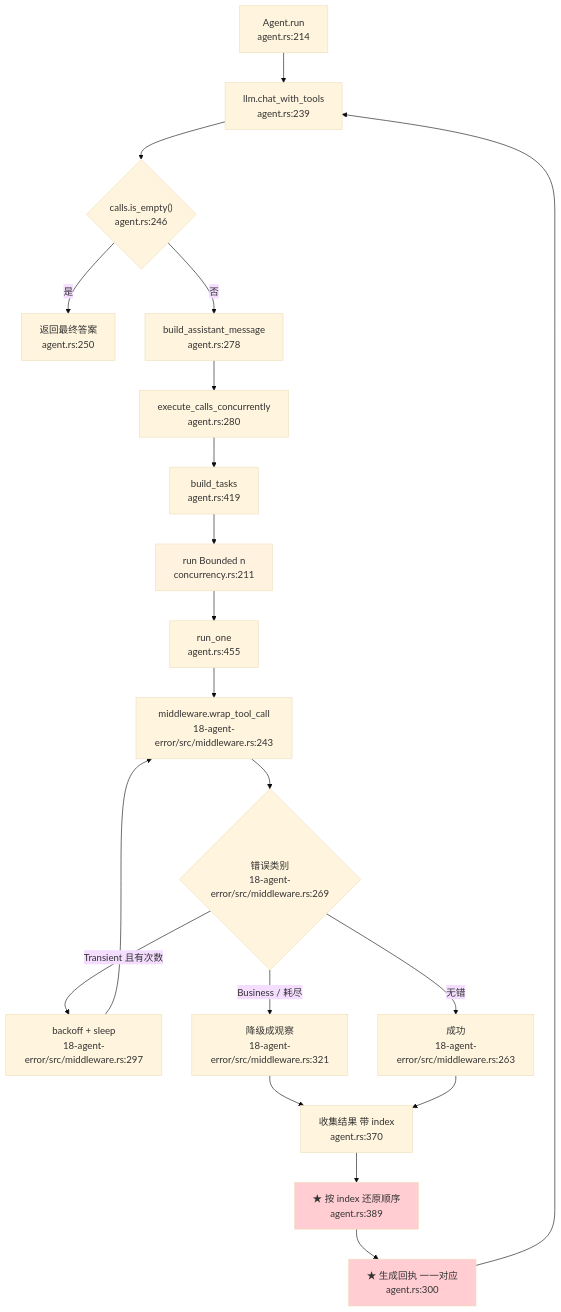
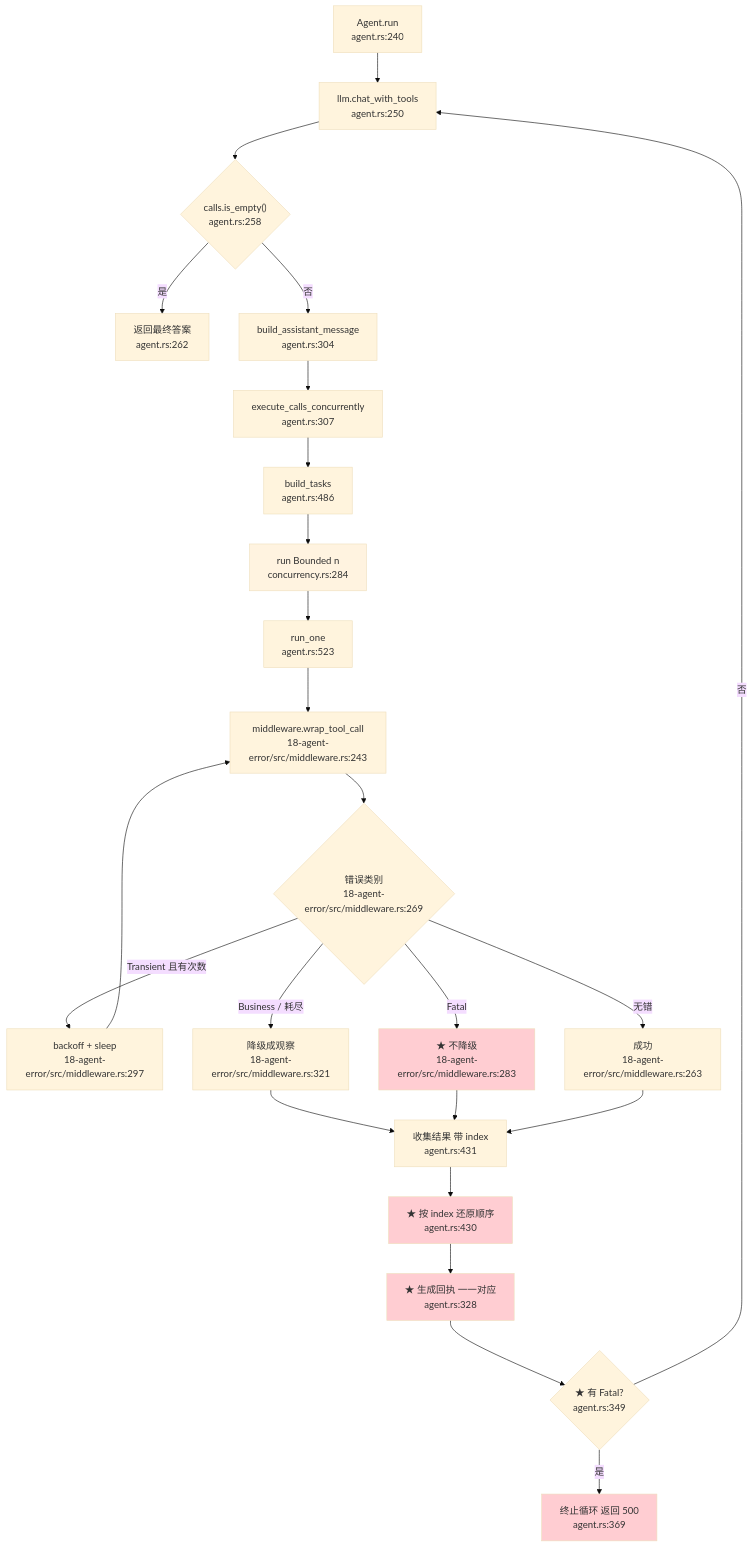
One commit to heheshang/agent-learn changed the fifth of 7 diagrams in 22-agent-async/README.md. Above: the diagram before and after it, drawn with Mermaid (base theme). The commit also changed other lines of this file and 41 other files, not shown here.

````diff
--- a/22-agent-async/README.md
+++ b/22-agent-async/README.md
@@ -449,28 +534,33 @@
 ```mermaid
 graph TD
-    A["Agent.run<br/>agent.rs:214"] --> B["llm.chat_with_tools<br/>agent.rs:239"]
-    B --> C{"calls.is_empty()<br/>agent.rs:246"}
-    C -->|是| D["返回最终答案<br/>agent.rs:250"]
-    C -->|否| E["build_assistant_message<br/>agent.rs:278"]
-    E --> F["execute_calls_concurrently<br/>agent.rs:280"]
+    A["Agent.run<br/>agent.rs:240"] --> B["llm.chat_with_tools<br/>agent.rs:250"]
+    B --> C{"calls.is_empty()<br/>agent.rs:258"}
+    C -->|是| D["返回最终答案<br/>agent.rs:262"]
+    C -->|否| E["build_assistant_message<br/>agent.rs:304"]
+    E --> F["execute_calls_concurrently<br/>agent.rs:307"]
 
-    F --> G["build_tasks<br/>agent.rs:419"]
-    G --> H["run Bounded n<br/>concurrency.rs:211"]
-    H --> I["run_one<br/>agent.rs:455"]
+    F --> G["build_tasks<br/>agent.rs:486"]
+    G --> H["run Bounded n<br/>concurrency.rs:284"]
+    H --> I["run_one<br/>agent.rs:523"]
 
     I --> J["middleware.wrap_tool_call<br/>18-agent-error/src/middleware.rs:243"]
     J --> K{"错误类别<br/>18-agent-error/src/middleware.rs:269"}
     K -->|Transient 且有次数| L["backoff + sleep<br/>18-agent-error/src/middleware.rs:297"]
     L --> J
     K -->|Business / 耗尽| M["降级成观察<br/>18-agent-error/src/middleware.rs:321"]
+    K -->|Fatal| M2["★ 不降级<br/>18-agent-error/src/middleware.rs:283"]
     K -->|无错| N["成功<br/>18-agent-error/src/middleware.rs:263"]
 
-    M & N --> O["收集结果 带 index<br/>agent.rs:370"]
-    O --> P["★ 按 index 还原顺序<br/>agent.rs:389"]
-    P --> Q["★ 生成回执 一一对应<br/>agent.rs:300"]
-    Q --> B
+    M & M2 & N --> O["收集结果 带 index<br/>agent.rs:431"]
+    O --> P["★ 按 index 还原顺序<br/>agent.rs:430"]
+    P --> Q["★ 生成回执 一一对应<br/>agent.rs:328"]
+    Q --> R{"★ 有 Fatal?<br/>agent.rs:349"}
+    R -->|是| S["终止循环 返回 500<br/>agent.rs:369"]
+    R -->|否| B
 
     style P fill:#ffcdd2
     style Q fill:#ffcdd2
+    style M2 fill:#ffcdd2
+    style S fill:#ffcdd2
     style H fill:#fff3e0
 ```
````
